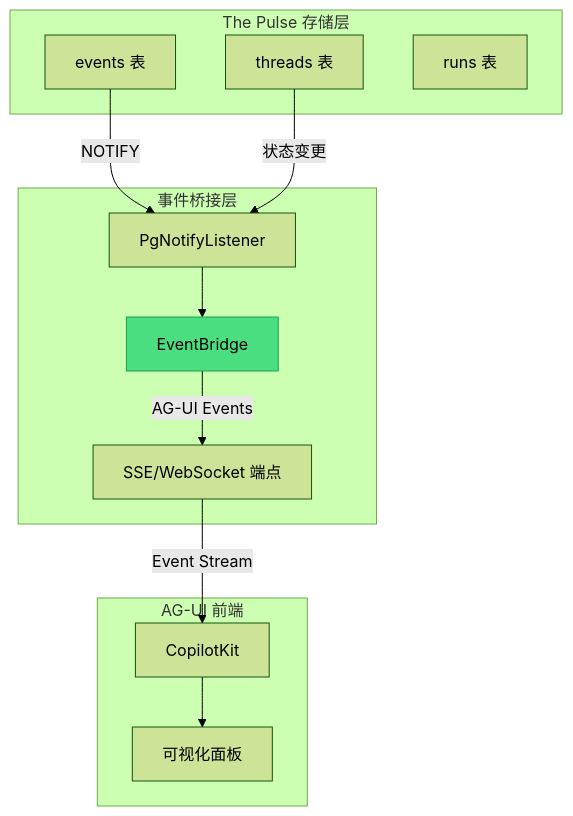
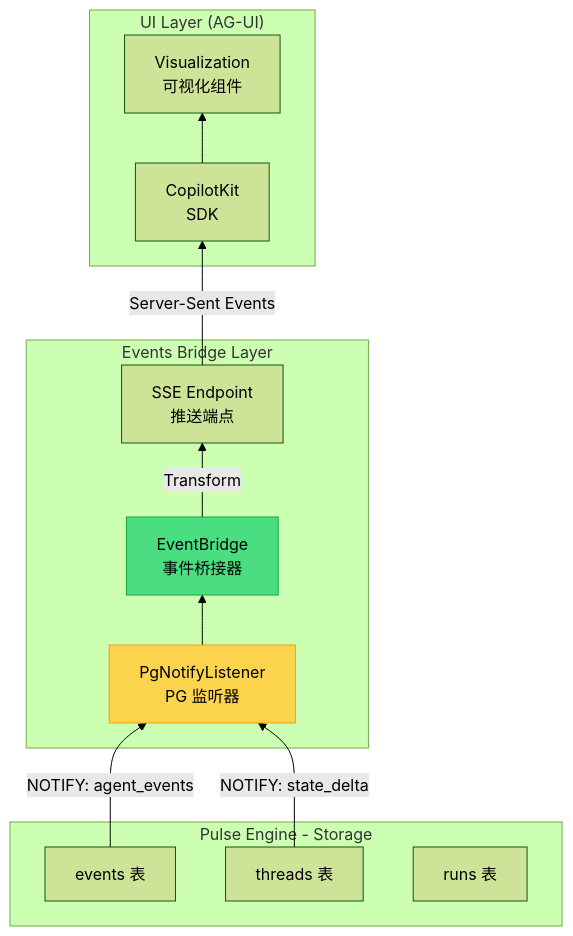
One commit to ThreeFish-AI/agentic-ai-cognizes changed the fourth of 7 diagrams in docs/engine/010-the-pulse.md. Above: the diagram before and after it, drawn with Mermaid (forest theme). The commit also changed other lines of this file, not shown here.

First line of the commit message:
docs(engine): 优化 The Pulse 架构设计章节，新增系统交互与 OCC 机制;

````diff
--- a/docs/engine/010-the-pulse.md
+++ b/docs/engine/010-the-pulse.md
@@ -252,28 +301,29 @@
 ```mermaid
-graph TB
-    subgraph "The Pulse 存储层"
+graph BT
+    subgraph "Pulse Engine - Storage"
         TH[threads 表]
         EV[events 表]
         RN[runs 表]
     end
 
-    subgraph "事件桥接层"
-        PNL[PgNotifyListener]
-        EB[EventBridge]
-        SER[SSE/WebSocket 端点]
+    subgraph "Events Bridge Layer"
+        PNL[PgNotifyListener<br>PG 监听器]
+        EB[EventBridge<br>事件桥接器]
+        SER[SSE Endpoint<br>推送端点]
     end
 
-    subgraph "AG-UI 前端"
-        CK[CopilotKit]
-        UI[可视化面板]
+    subgraph "UI Layer (AG-UI)"
+        CK[CopilotKit<br>SDK]
+        UI[Visualization<br>可视化组件]
     end
 
-    EV -->|NOTIFY| PNL
-    TH -->|状态变更| PNL
+    EV -->|NOTIFY: agent_events| PNL
+    TH -->|NOTIFY: state_delta| PNL
     PNL --> EB
-    EB -->|AG-UI Events| SER
-    SER -->|Event Stream| CK
+    EB -->|Transform| SER
+    SER -->|Server-Sent Events| CK
     CK --> UI
 
     style EB fill:#4ade80,stroke:#16a34a,color:#000
+    style PNL fill:#fcd34d,stroke:#f59e0b,color:#000
 ```
````
